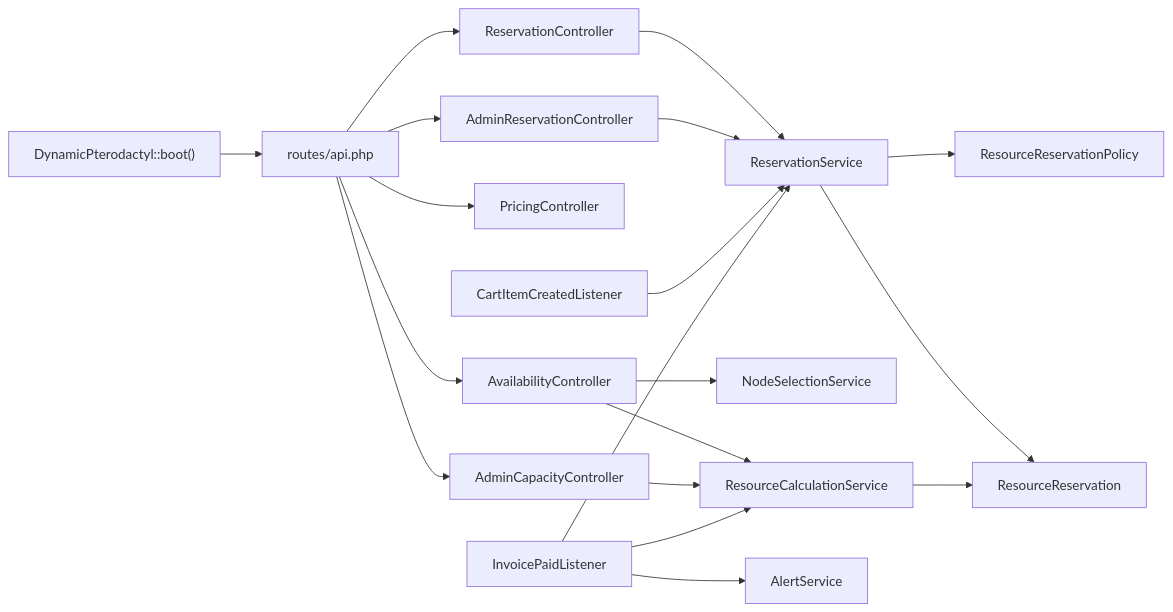
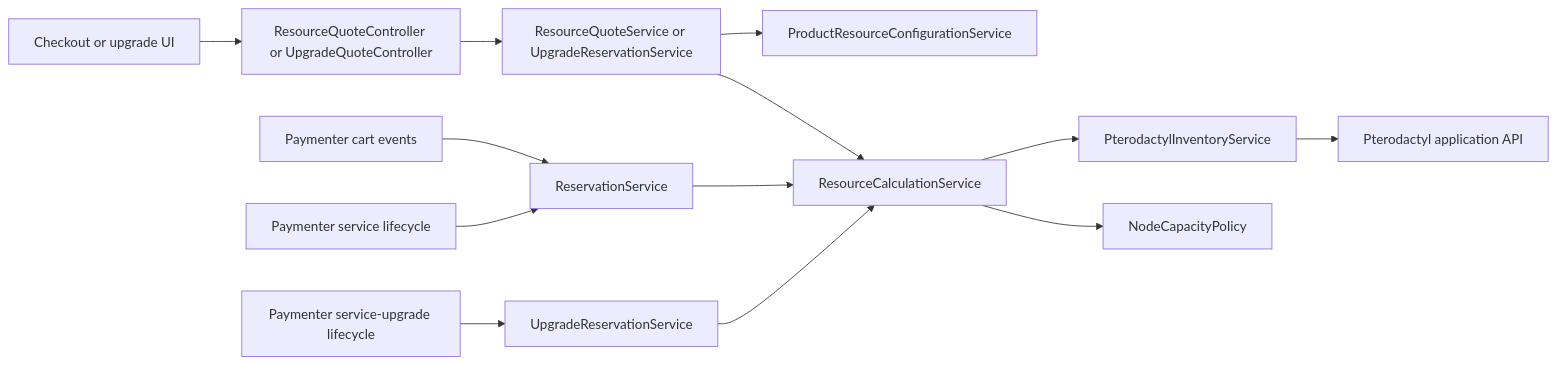
The diagram in .qoder/repowiki/en/content/Architecture Overview/Architecture Overview.md (ObsidianNetwork/dynamic-pterodactyl), drawn with Mermaid before and after one commit. The commit also changed other lines of this file and 35 other files, not shown here.

````diff
--- a/.qoder/repowiki/en/content/Architecture Overview/Architecture Overview.md
+++ b/.qoder/repowiki/en/content/Architecture Overview/Architecture Overview.md
@@ -411,21 +33,15 @@
 ```mermaid
-graph LR
-DP["DynamicPterodactyl::boot()"] --> R["routes/api.php"]
-R --> AC["AvailabilityController"]
-R --> RC["ReservationController"]
-R --> PC["PricingController"]
-R --> ARC["AdminReservationController"]
-R --> ACC["AdminCapacityController"]
-AC --> RCS["ResourceCalculationService"]
-AC --> NSS["NodeSelectionService"]
-RC --> RS["ReservationService"]
-ARC --> RS
-ACC --> RCS
-L1["CartItemCreatedListener"] --> RS
-L2["InvoicePaidListener"] --> RS
-L2 --> RCS
-L2 --> ALS["AlertService"]
-RS --> RM["ResourceReservation"]
-RS --> RP["ResourceReservationPolicy"]
-RCS --> RM
+flowchart LR
+    Browser["Checkout or upgrade UI"] --> Quote["ResourceQuoteController or UpgradeQuoteController"]
+    Quote --> QuoteService["ResourceQuoteService or UpgradeReservationService"]
+    QuoteService --> ProductConfig["ProductResourceConfigurationService"]
+    QuoteService --> Capacity["ResourceCalculationService"]
+    Capacity --> Inventory["PterodactylInventoryService"]
+    Inventory --> Panel["Pterodactyl application API"]
+    Cart["Paymenter cart events"] --> Reservation["ReservationService"]
+    Reservation --> Capacity
+    Provisioning["Paymenter service lifecycle"] --> Reservation
+    Upgrade["Paymenter service-upgrade lifecycle"] --> UpgradeReservation["UpgradeReservationService"]
+    UpgradeReservation --> Capacity
+    Capacity --> Policy["NodeCapacityPolicy"]
 ```
````
